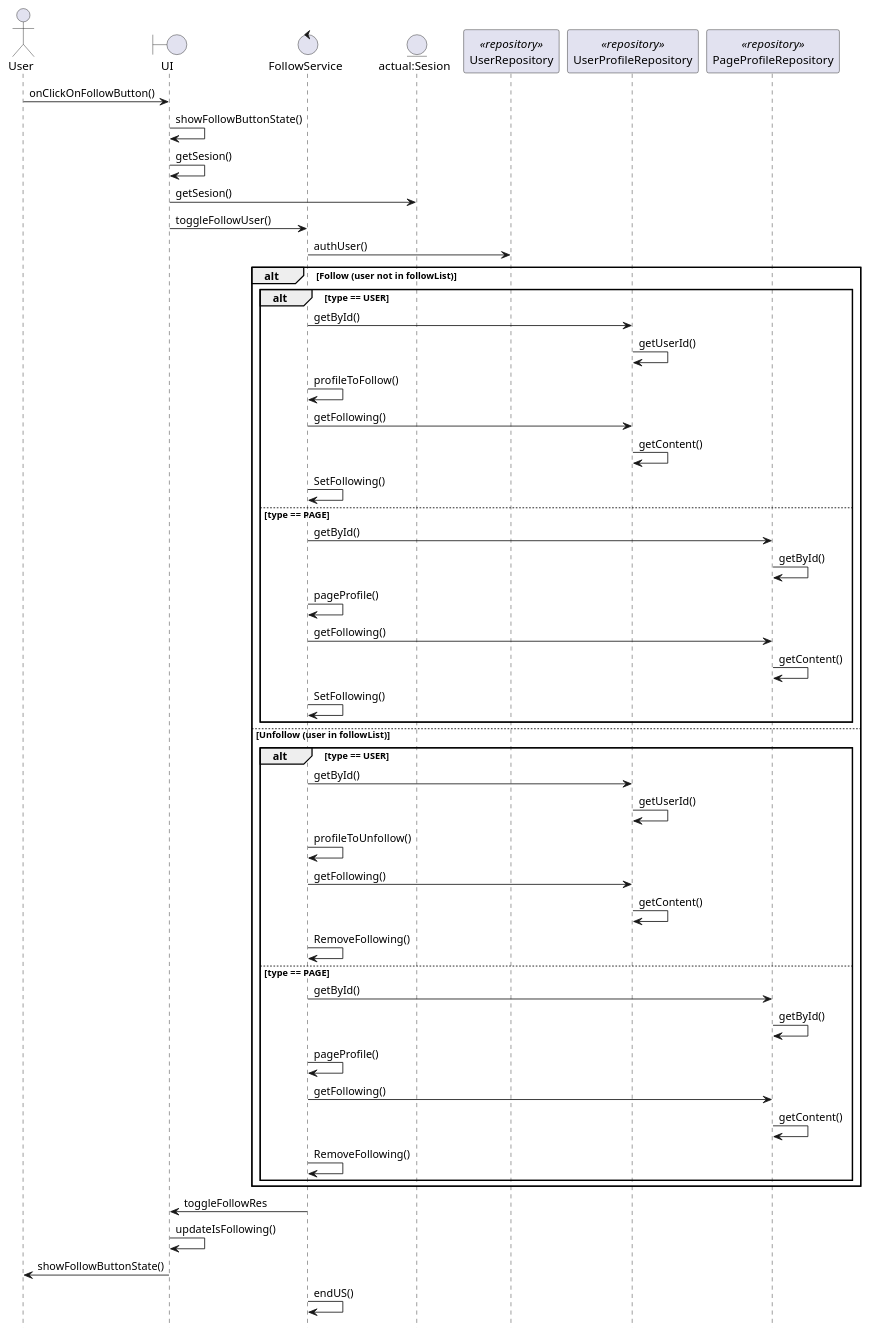
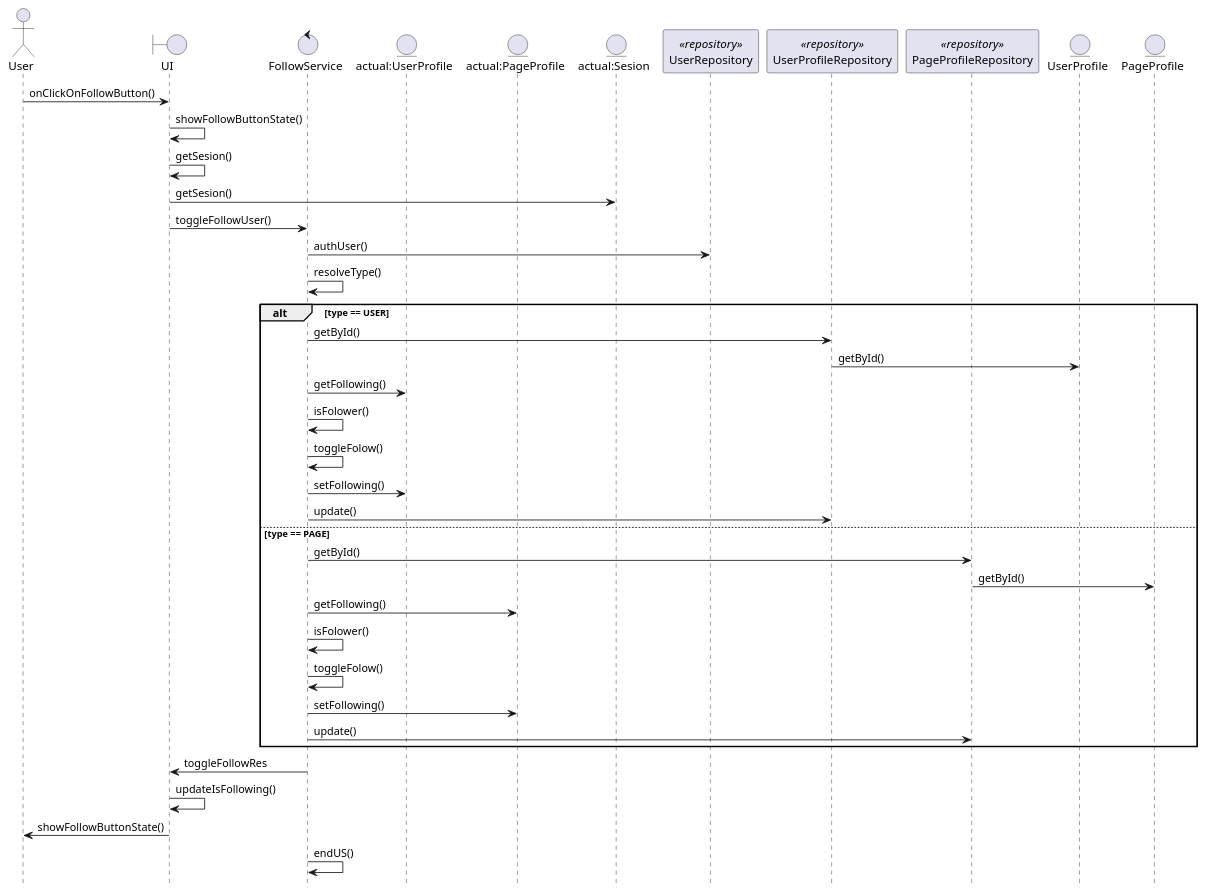
One commit to 2piradrian/seminario-docs changed the diagram in Follow-user-sequence.puml. Above: the diagram before and after it, drawn with PlantUML.

Commit message:
fix: folowSequence

```diff
--- a/Follow-user-sequence.puml
+++ b/Follow-user-sequence.puml
@@ -1,56 +1,45 @@
 @startuml
 actor User
 boundary "UI" as UI
 control "FollowService" as FS
+entity "actual:UserProfile" as AUP
+entity "actual:PageProfile" as APP
 entity "actual:Sesion" as S
 participant "UserRepository" as UR <<repository>>
 participant "UserProfileRepository" as UPR <<repository>>
 participant "PageProfileRepository" as PPR <<repository>>
+entity "UserProfile" as UP
+entity "PageProfile" as PP
 
 User -> UI: onClickOnFollowButton()
 UI -> UI: showFollowButtonState()
 UI -> UI: getSesion() 
 UI -> S: getSesion()
 UI -> FS: toggleFollowUser()
 FS -> UR: authUser()
-alt Follow (user not in followList)
-    alt type == USER
-        FS -> UPR: getById()
-        UPR -> UPR: getUserId()
-        FS -> FS: profileToFollow()
-        FS -> UPR: getFollowing()
-        UPR -> UPR: getContent()
-        FS -> FS: SetFollowing()
-    else type == PAGE
-        FS -> PPR: getById()
-        PPR -> PPR: getById()
-        FS -> FS: pageProfile()
-        FS -> PPR: getFollowing()
-        PPR -> PPR: getContent()
-        FS -> FS: SetFollowing()
-    end
-else Unfollow (user in followList)
-    alt type == USER
-        FS -> UPR: getById()
-        UPR -> UPR: getUserId()
-        FS -> FS: profileToUnfollow()
-        FS -> UPR: getFollowing()
-        UPR -> UPR: getContent()
-        FS -> FS: RemoveFollowing()
-    else type == PAGE
-        FS -> PPR: getById()
-        PPR -> PPR: getById()
-        FS -> FS: pageProfile()
-        FS -> PPR: getFollowing()
-        PPR -> PPR: getContent()
-        FS -> FS: RemoveFollowing()
-        end
+FS -> FS: resolveType()
+alt type == USER
+    FS -> UPR: getById()
+    UPR -> UP: getById()
+    FS -> AUP: getFollowing()
+    FS -> FS: isFolower()
+    FS -> FS: toggleFolow()
+    FS -> AUP: setFollowing()
+    FS -> UPR: update()
+else type == PAGE
+    FS -> PPR: getById()
+    PPR -> PP: getById()
+    FS -> APP: getFollowing()
+    FS -> FS: isFolower()
+    FS -> FS: toggleFolow()
+    FS -> APP: setFollowing()
+    FS -> PPR: update()
 end
 
 FS -> UI: toggleFollowRes
 UI -> UI: updateIsFollowing()
 UI -> User: showFollowButtonState()
 FS -> FS: endUS()
 
 hide footbox
 @enduml
```
